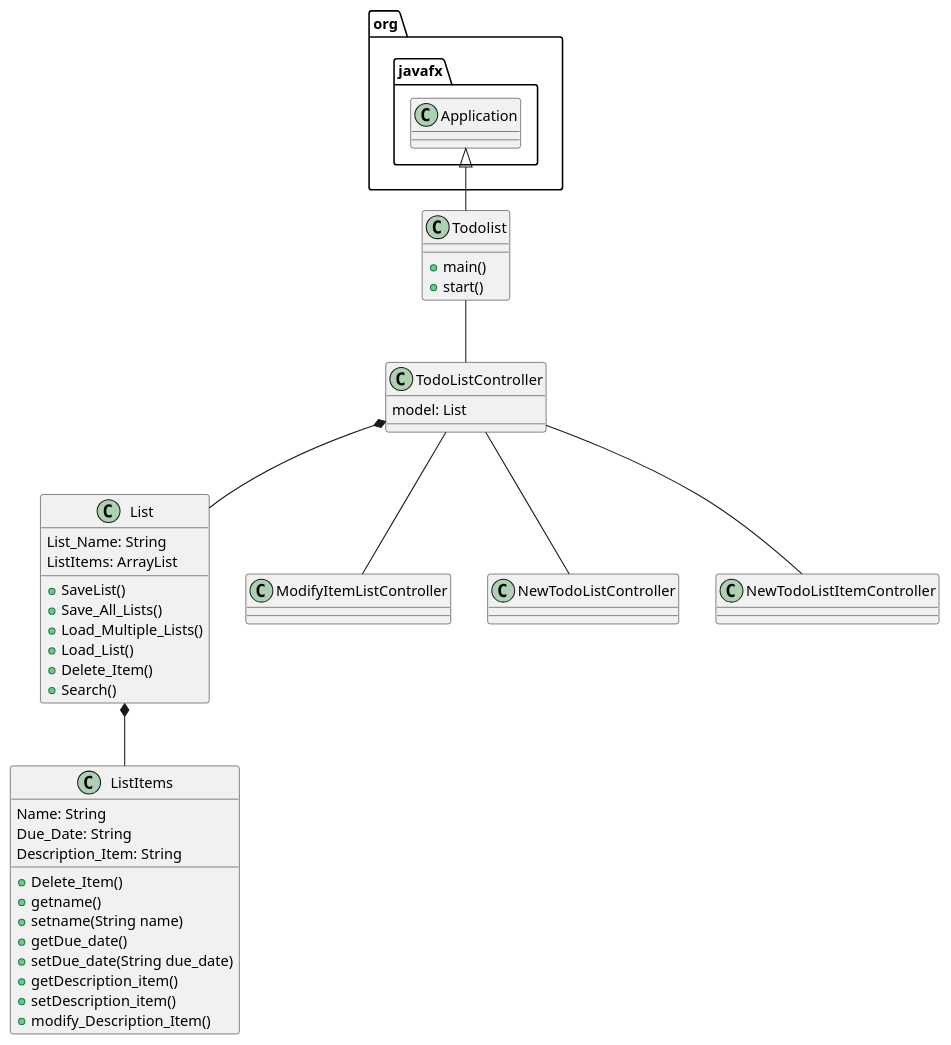
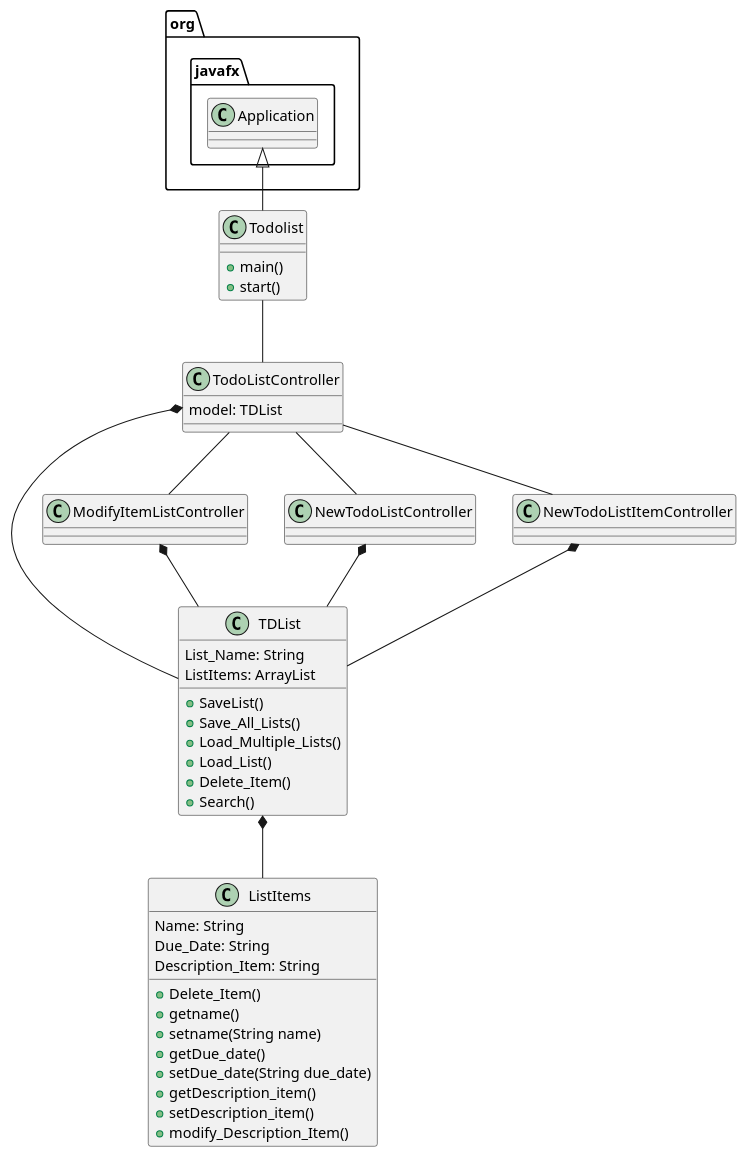
Before and after one commit to lacostamejia/AcostaMejia-cop3330-assignment4: the diagram in uml/Application.puml, drawn with PlantUML. The commit also changed 5 other files, not shown here.

```diff
--- a/uml/Application.puml
+++ b/uml/Application.puml
@@ -1,68 +1,71 @@
 @startuml
 'https://plantuml.com/sequence-diagram
 class Todolist{
 +main()
 +start()
 }
 class TodoListController{
-model: List
+model: TDList
 'GUI functions'
 }
 
-class List{
+class TDList{
 List_Name: String
 ListItems: ArrayList
 +SaveList()
 +Save_All_Lists()
 +Load_Multiple_Lists()
 +Load_List()
 +Delete_Item()
 +Search()
 
 
 
 }
 class ListItems{
 Name: String
 Due_Date: String
 Description_Item: String
 +Delete_Item()
 +getname()
 +setname(String name)
 +getDue_date()
 +setDue_date(String due_date)
 +getDescription_item()
 +setDescription_item()
 +modify_Description_Item()
 
 }
 
 
 class ModifyItemListController{
 
 
 
 }
 
 class NewTodoListController{
 
 
 
 }
 
 class NewTodoListItemController{
-
 }
 
 
 
 org.javafx.Application <|-- Todolist
 Todolist -- TodoListController
-TodoListController *-- List
-List *-- ListItems
+TodoListController *-- TDList
+ModifyItemListController *-- TDList
+NewTodoListController *-- TDList
+NewTodoListItemController *-- TDList
+
+TDList *-- ListItems
 TodoListController --ModifyItemListController
 TodoListController -- NewTodoListItemController
 TodoListController --  NewTodoListController
 
 
 @enduml
```
